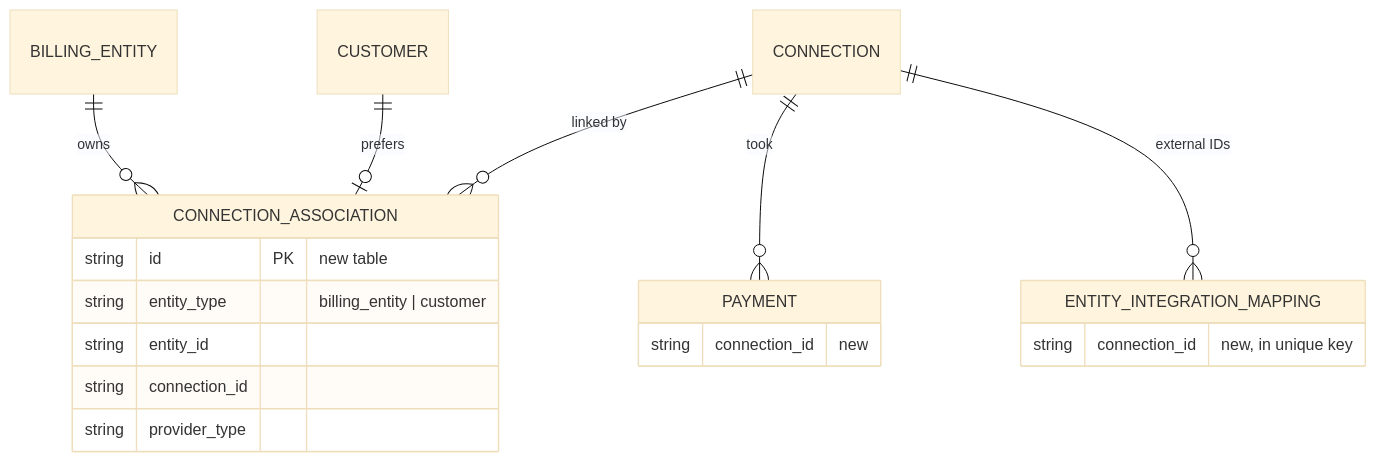
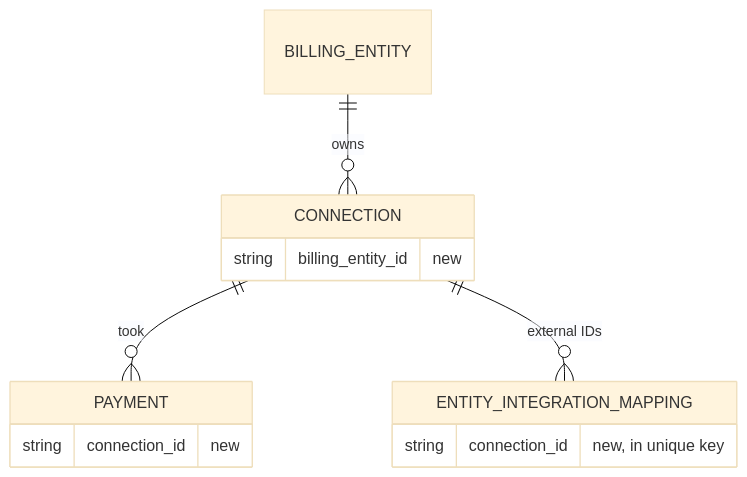
One commit to flexprice/flexprice changed the second of 5 diagrams in docs/design/2026-10-28-billing-entities-p2-erd.md. Above: the diagram before and after it, drawn with Mermaid (base theme). The commit also changed other lines of this file, not shown here.

Commit message:
docs(billing-entities): ERD owner column, no customer preference

````diff
--- a/docs/design/2026-10-28-billing-entities-p2-erd.md
+++ b/docs/design/2026-10-28-billing-entities-p2-erd.md
@@ -226,21 +208,15 @@
 ```mermaid
 erDiagram
-  BILLING_ENTITY ||--o{ CONNECTION_ASSOCIATION : owns
-  CUSTOMER ||--o| CONNECTION_ASSOCIATION : prefers
-  CONNECTION ||--o{ CONNECTION_ASSOCIATION : "linked by"
+  BILLING_ENTITY ||--o{ CONNECTION : owns
   CONNECTION ||--o{ PAYMENT : took
   CONNECTION ||--o{ ENTITY_INTEGRATION_MAPPING : "external IDs"
-  CONNECTION_ASSOCIATION {
-    string id PK "new table"
-    string entity_type "billing_entity | customer"
-    string entity_id
-    string connection_id
-    string provider_type
+  CONNECTION {
+    string billing_entity_id "new"
   }
   PAYMENT {
     string connection_id "new"
   }
   ENTITY_INTEGRATION_MAPPING {
     string connection_id "new, in unique key"
   }
 ```
````
